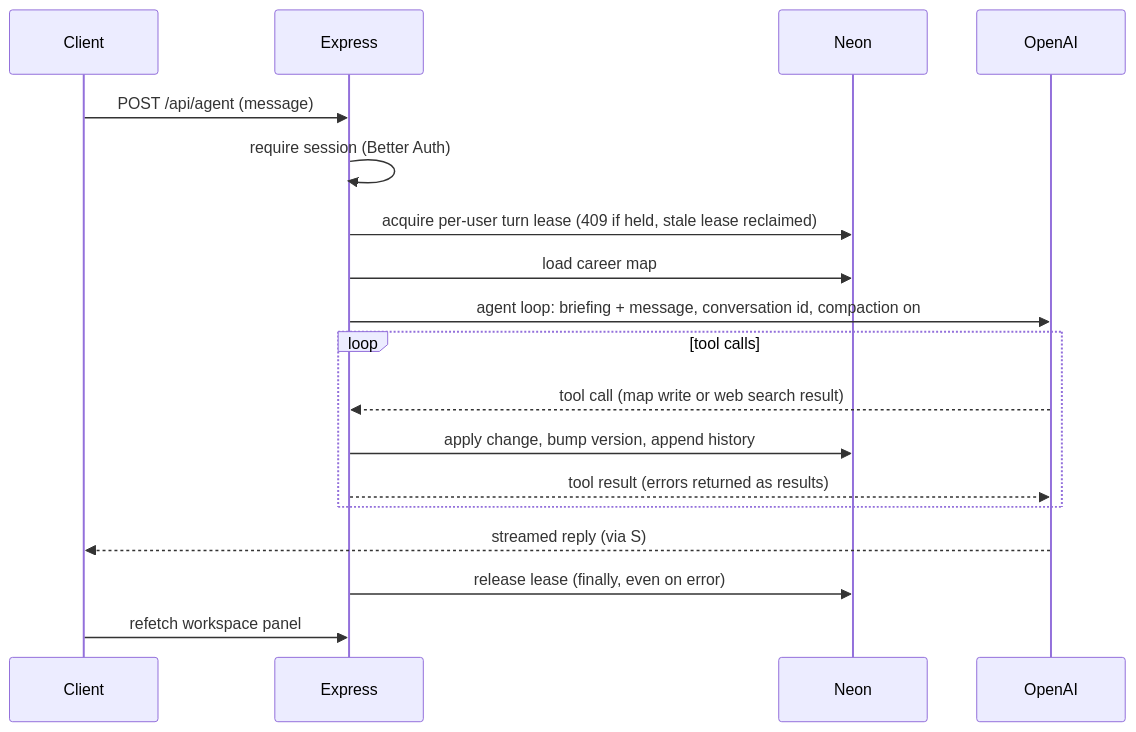
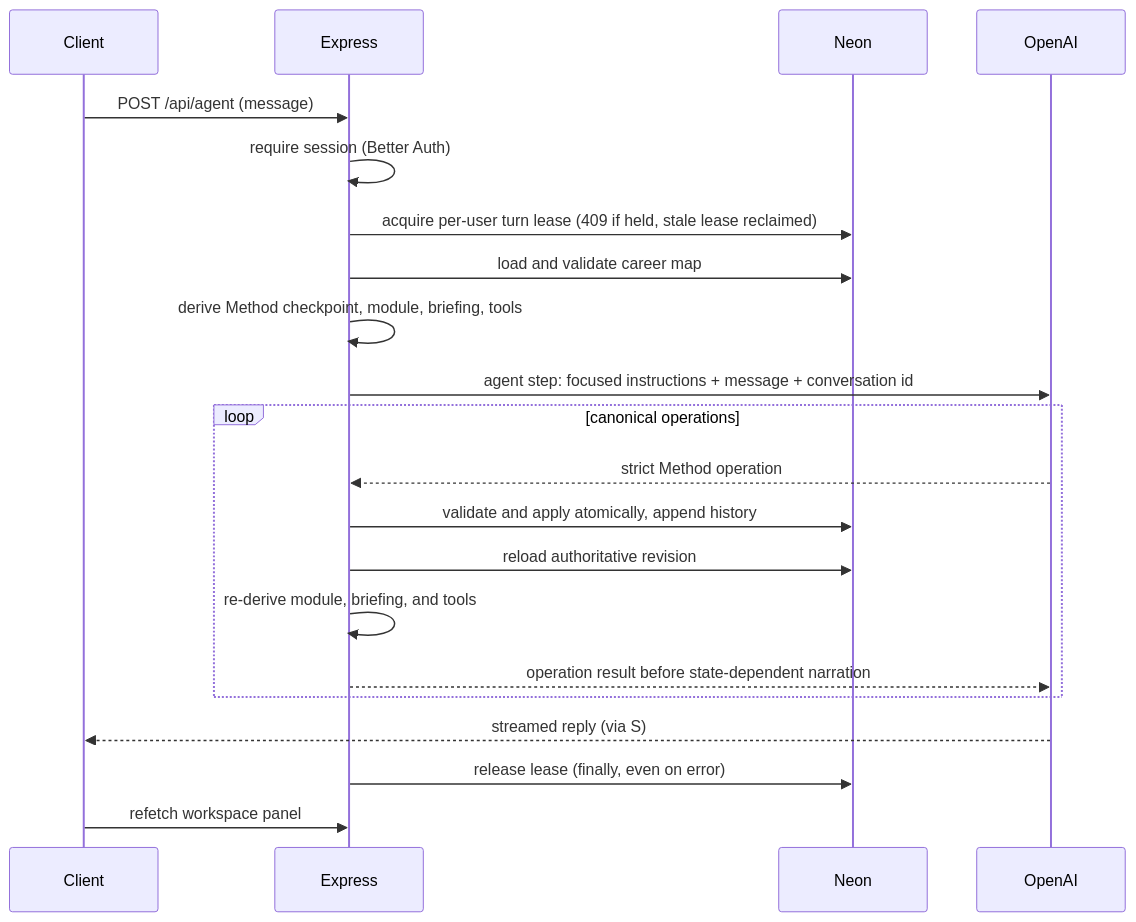
Before and after one commit to andres-monge/ikigai: the fourth of 5 diagrams in docs/plans/2026-08-14-claude-feat-revelio-revamp-plan.md, drawn with Mermaid. The commit also changed other lines of this file, not shown here.

````diff
--- a/docs/plans/2026-08-14-claude-feat-revelio-revamp-plan.md
+++ b/docs/plans/2026-08-14-claude-feat-revelio-revamp-plan.md
@@ -303,20 +321,23 @@
 ```mermaid
 sequenceDiagram
   participant C as Client
   participant S as Express
   participant DB as Neon
   participant O as OpenAI
   C->>S: POST /api/agent (message)
   S->>S: require session (Better Auth)
   S->>DB: acquire per-user turn lease (409 if held, stale lease reclaimed)
-  S->>DB: load career map
-  S->>O: agent loop: briefing + message, conversation id, compaction on
-  loop tool calls
-    O-->>S: tool call (map write or web search result)
-    S->>DB: apply change, bump version, append history
-    S-->>O: tool result (errors returned as results)
+  S->>DB: load and validate career map
+  S->>S: derive Method checkpoint, module, briefing, tools
+  S->>O: agent step: focused instructions + message + conversation id
+  loop canonical operations
+    O-->>S: strict Method operation
+    S->>DB: validate and apply atomically, append history
+    S->>DB: reload authoritative revision
+    S->>S: re-derive module, briefing, and tools
+    S-->>O: operation result before state-dependent narration
   end
   O-->>C: streamed reply (via S)
   S->>DB: release lease (finally, even on error)
   C->>S: refetch workspace panel
 ```
````
